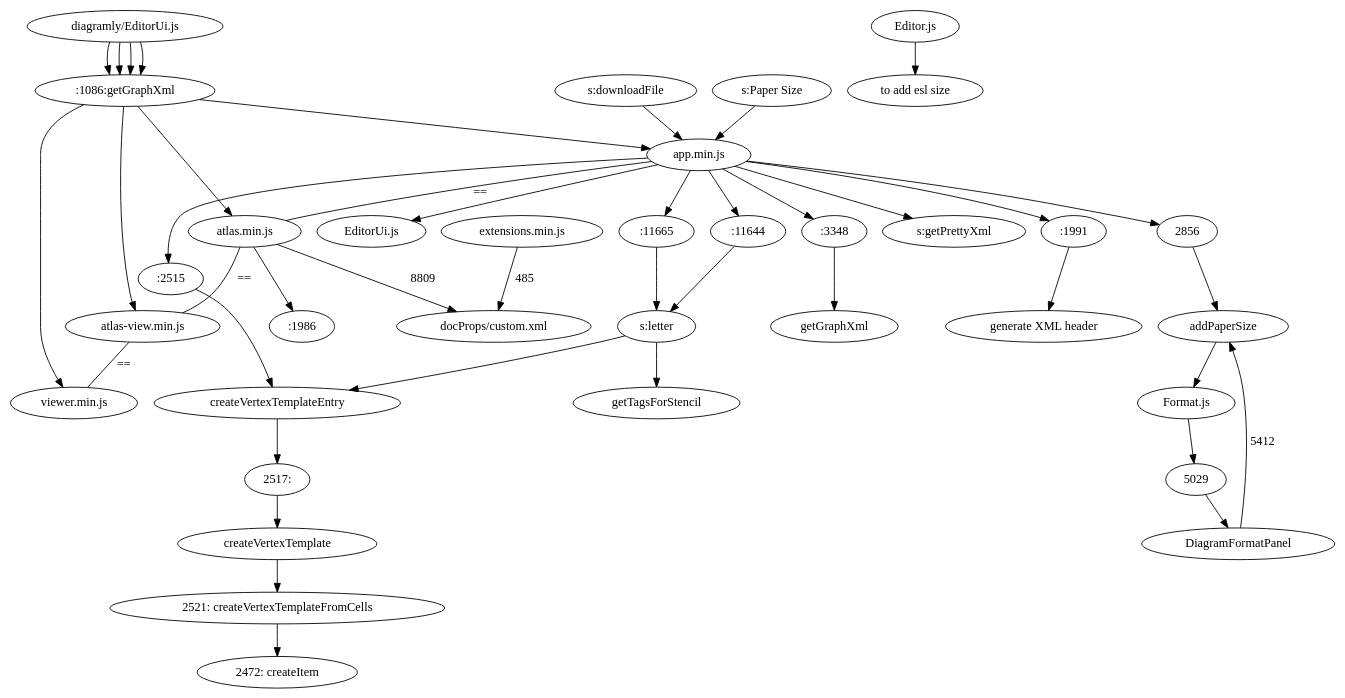
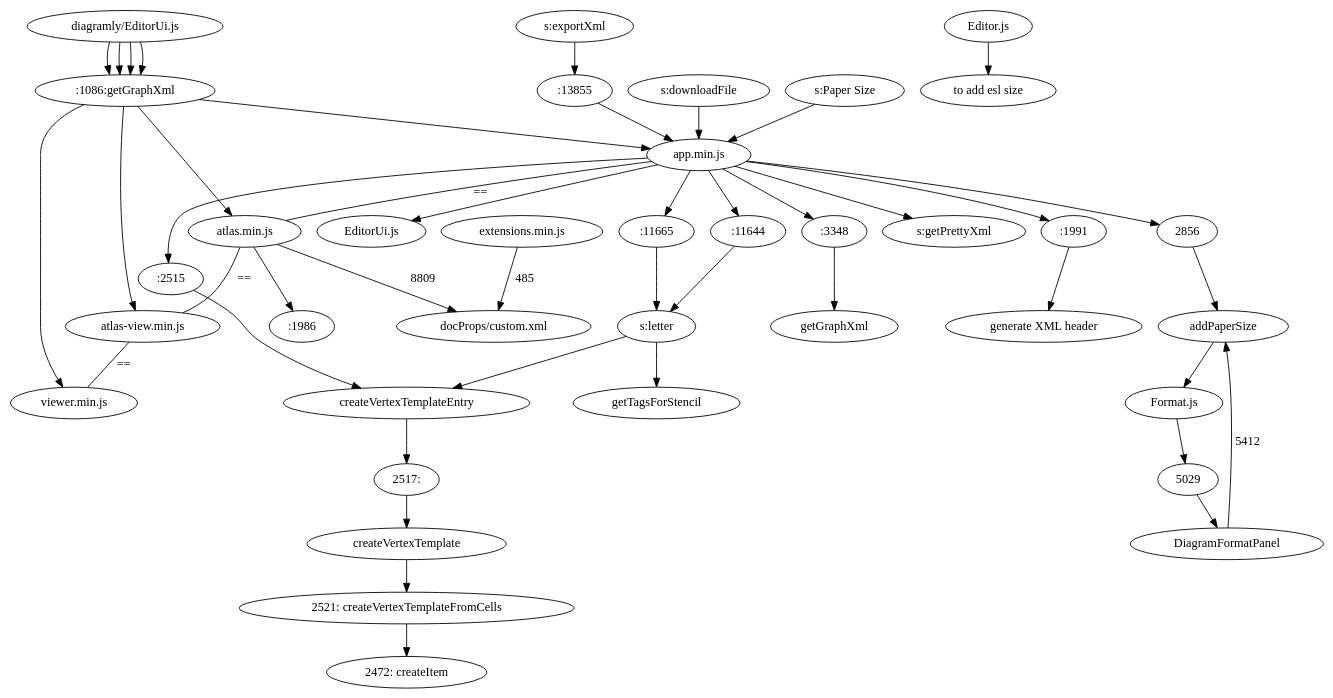
One commit to heraldia/drawio changed the diagram in relation.dot. Above: the diagram before and after it, drawn with Graphviz. The commit also changed 5 other files, not shown here.

Commit message:
add json export : app.min.js 13091

```diff
--- a/relation.dot
+++ b/relation.dot
@@ -1,30 +1,31 @@
 digraph drawIo{
 //s: search 
 "diagramly/EditorUi.js"->":1086:getGraphXml" -> "app.min.js";
 "diagramly/EditorUi.js"->":1086:getGraphXml" -> "atlas.min.js" -> ":1986";
 "app.min.js" -> ":11644"-> "s:letter" -> "getTagsForStencil";
 "app.min.js" ->":11665"-> "s:letter" -> "createVertexTemplateEntry";
 "s:downloadFile" -> "app.min.js" -> "EditorUi.js";
 "app.min.js" -> ":2515" -> "createVertexTemplateEntry" -> "2517:" -> "createVertexTemplate" -> "2521: createVertexTemplateFromCells" -> "2472: createItem";
 //"app.min.js" -> ":2031" -> "A1 (594 mm x 841 mm)";
 //"atlas.min.js" -> ":2032" -> "A1 (594 mm x 841 mm)";
 "diagramly/EditorUi.js"->":1086:getGraphXml" -> "atlas-view.min.js";
 "diagramly/EditorUi.js"->":1086:getGraphXml" -> "viewer.min.js";
 
 "app.min.js" -> "atlas.min.js" -> "atlas-view.min.js" -> "viewer.min.js" [label
     = "==", arrowhead="none" ];
 
 "s:Paper Size" -> "app.min.js" -> "2856" -> "addPaperSize";
 "addPaperSize" -> "Format.js" -> "5029" -> "DiagramFormatPanel";
 "DiagramFormatPanel" -> "addPaperSize" [label= "5412" ];
 "atlas.min.js"  -> "docProps/custom.xml" [label = "8809" ];
 "extensions.min.js" -> "docProps/custom.xml" [label = "485"]; 
 "Editor.js" -> "to add esl size";
 
 "app.min.js" -> ":3348" ->"getGraphXml"; 
 "app.min.js" -> ":1991" ->"generate XML header"; 
-"app.min.js" -> "s:getPrettyXml"
+"app.min.js" -> "s:getPrettyXml";
 
+"s:exportXml" -> ":13855" -> "app.min.js";
 
 
 }
```
